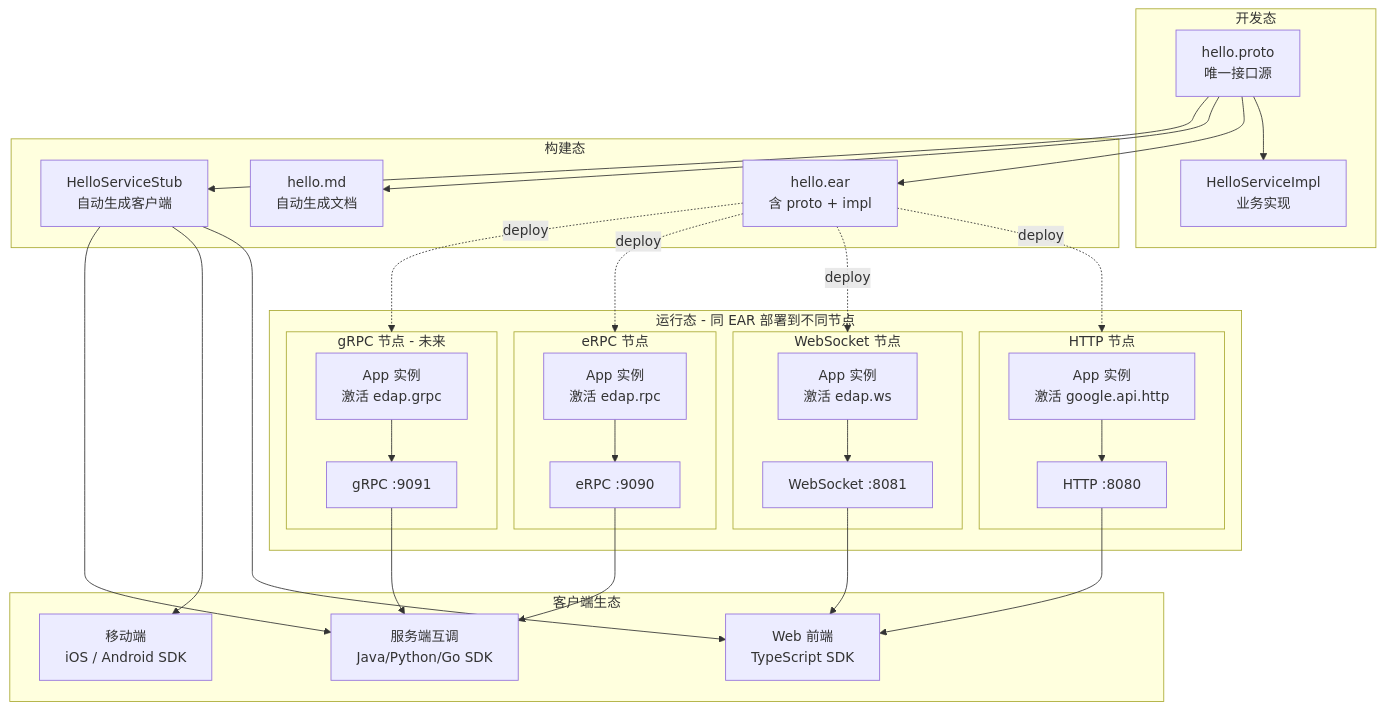
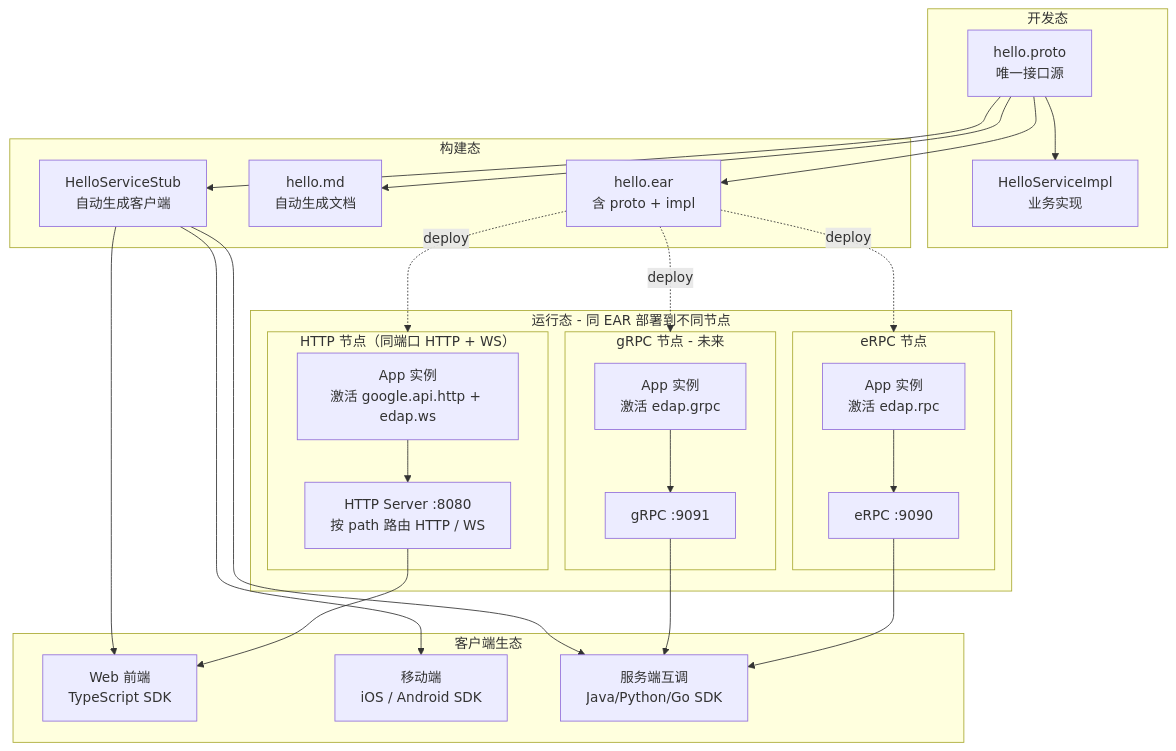
One commit to edap-io/edap changed diagram 42 of 42 in README.md. Above: the diagram before and after it, drawn with Mermaid. The commit also changed other lines of this file, not shown here.

````diff
--- a/README.md
+++ b/README.md
@@ -3249,61 +3237,54 @@
 ```mermaid
 graph TB
     subgraph Dev [开发态]
         Proto[hello.proto<br/>唯一接口源]
         Impl[HelloServiceImpl<br/>业务实现]
     end
 
     subgraph Build [构建态]
         Ear[hello.ear<br/>含 proto + impl]
         Doc[hello.md<br/>自动生成文档]
         Stub[HelloServiceStub<br/>自动生成客户端]
     end
 
     subgraph Runtime [运行态 - 同 EAR 部署到不同节点]
-        subgraph HTTPNode [HTTP 节点]
-            App1[App 实例<br/>激活 google.api.http]
-            HTTP[HTTP :8080]
-        end
-        subgraph WSNode [WebSocket 节点]
-            App2[App 实例<br/>激活 edap.ws]
-            WS[WebSocket :8081]
+        subgraph HTTPNode [HTTP 节点（同端口 HTTP + WS）]
+            App1[App 实例<br/>激活 google.api.http + edap.ws]
+            HTTP[HTTP Server :8080<br/>按 path 路由 HTTP / WS]
         end
         subgraph ERPCNode [eRPC 节点]
-            App3[App 实例<br/>激活 edap.rpc]
+            App2[App 实例<br/>激活 edap.rpc]
             ERPC[eRPC :9090]
         end
         subgraph GRPCNode [gRPC 节点 - 未来]
-            App4[App 实例<br/>激活 edap.grpc]
+            App3[App 实例<br/>激活 edap.grpc]
             GRPC[gRPC :9091]
         end
     end
 
     subgraph ClientEcosystem [客户端生态]
         Web[Web 前端<br/>TypeScript SDK]
         Mobile[移动端<br/>iOS / Android SDK]
         Server[服务端互调<br/>Java/Python/Go SDK]
     end
 
     Proto --> Impl
     Proto --> Ear
     Proto --> Doc
     Proto --> Stub
 
     Ear -.deploy.-> HTTPNode
-    Ear -.deploy.-> WSNode
     Ear -.deploy.-> ERPCNode
     Ear -.deploy.-> GRPCNode
 
     App1 --> HTTP
-    App2 --> WS
-    App3 --> ERPC
-    App4 --> GRPC
+    App2 --> ERPC
+    App3 --> GRPC
 
     HTTP --> Web
-    WS --> Web
     ERPC --> Server
     GRPC --> Server
     Stub --> Web
     Stub --> Mobile
     Stub --> Server
 ```
````
